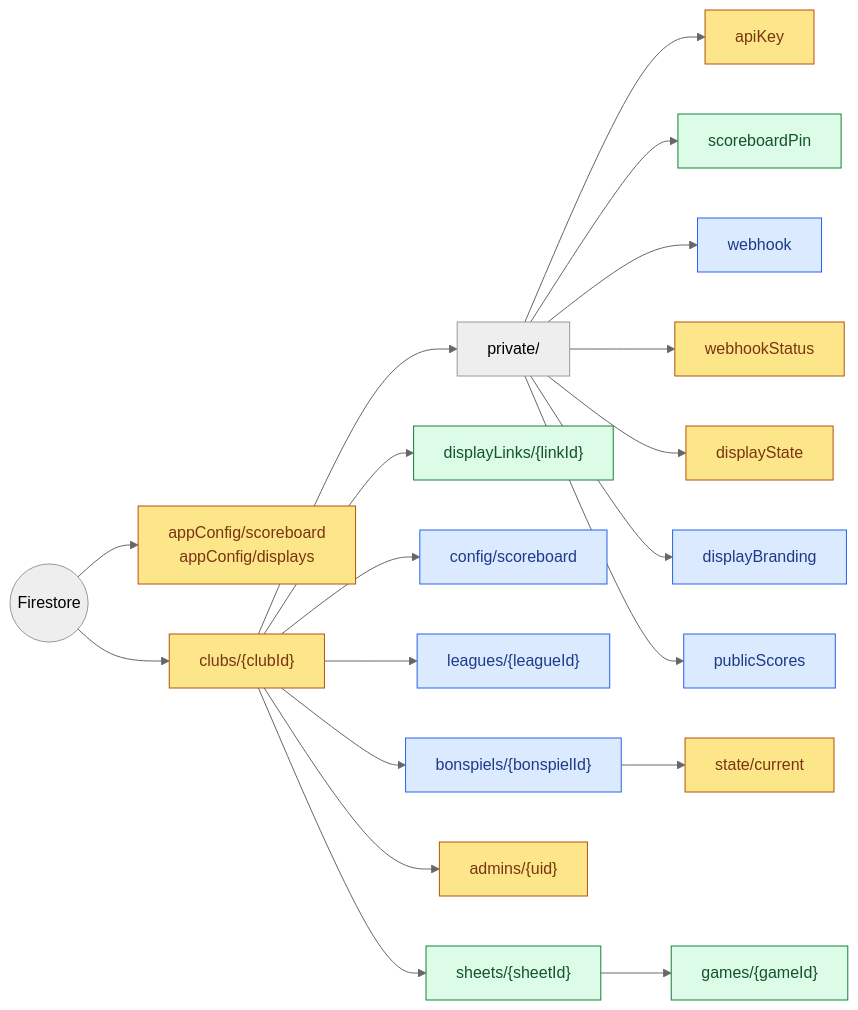
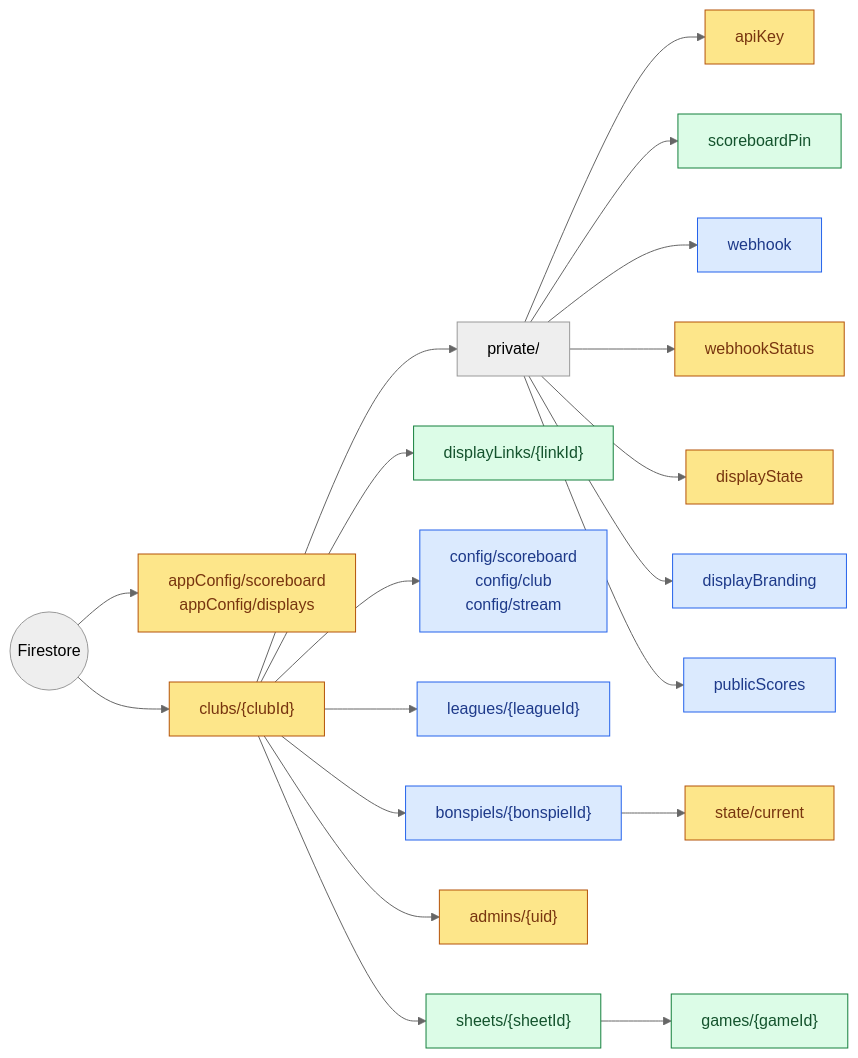
Before and after one commit to CloudgateStudios/curling_scoreboard: the diagram in docs/architecture/data-model.md, drawn with Mermaid (neutral theme). The commit also changed other lines of this file and 41 other files, not shown here.

````diff
--- a/docs/architecture/data-model.md
+++ b/docs/architecture/data-model.md
@@ -12,31 +12,31 @@
 ```mermaid
 flowchart LR
   FS(("Firestore"))
   FS --> APP_CONFIG["appConfig/scoreboard<br/>appConfig/displays"]
   FS --> CLUB["clubs/{clubId}"]
 
   CLUB --> PRIV["private/"]
   PRIV --> KEY["apiKey"]
   PRIV --> PIN["scoreboardPin"]
   PRIV --> WH["webhook"]
   PRIV --> WHS["webhookStatus"]
   PRIV --> DS["displayState"]
   PRIV --> BR["displayBranding"]
   PRIV --> PUB["publicScores"]
 
   CLUB --> LINKS["displayLinks/{linkId}"]
-  CLUB --> CFG["config/scoreboard"]
+  CLUB --> CFG["config/scoreboard<br/>config/club<br/>config/stream"]
   CLUB --> LEAGUES["leagues/{leagueId}"]
   CLUB --> BON["bonspiels/{bonspielId}"]
   BON --> BST["state/current"]
   CLUB --> ADM["admins/{uid}"]
   CLUB --> SH["sheets/{sheetId}"]
   SH --> GAMES["games/{gameId}"]
 
   classDef client fill:#dbeafe,stroke:#2563eb,color:#1e3a8a
   classDef fn fill:#fde68a,stroke:#b45309,color:#78350f
   classDef both fill:#dcfce7,stroke:#15803d,color:#14532d
   class WH,BR,PUB,CFG,LEAGUES,BON client
   class APP_CONFIG,CLUB,KEY,WHS,DS,BST,ADM fn
   class PIN,LINKS,SH,GAMES both
 ```
````
